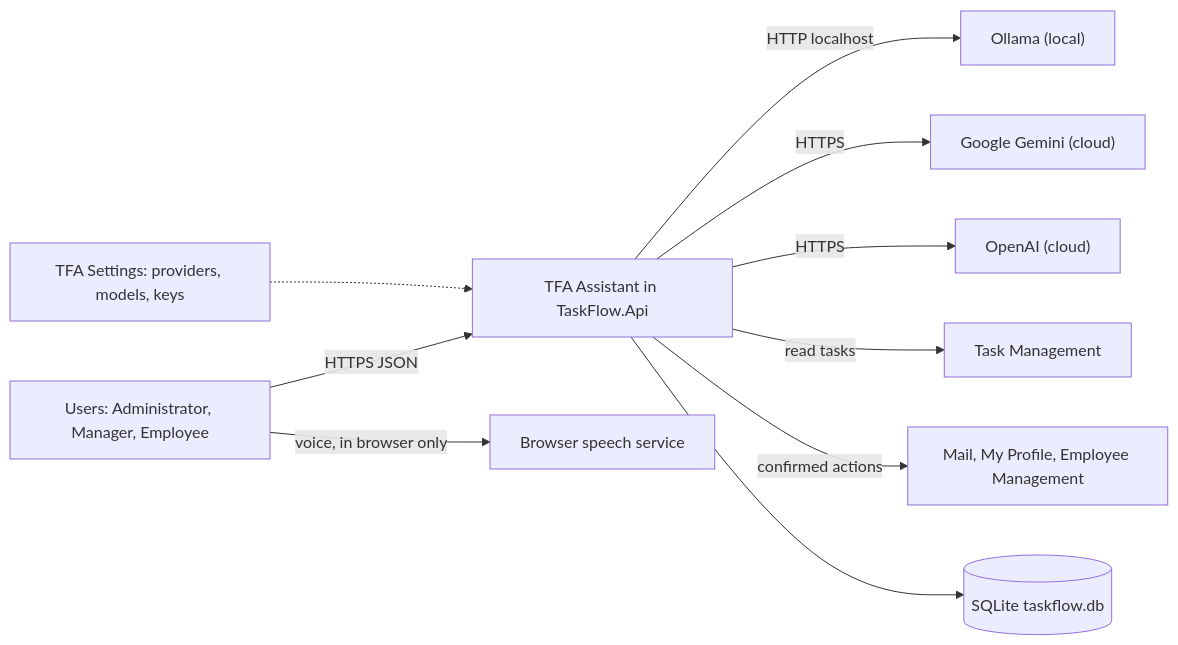
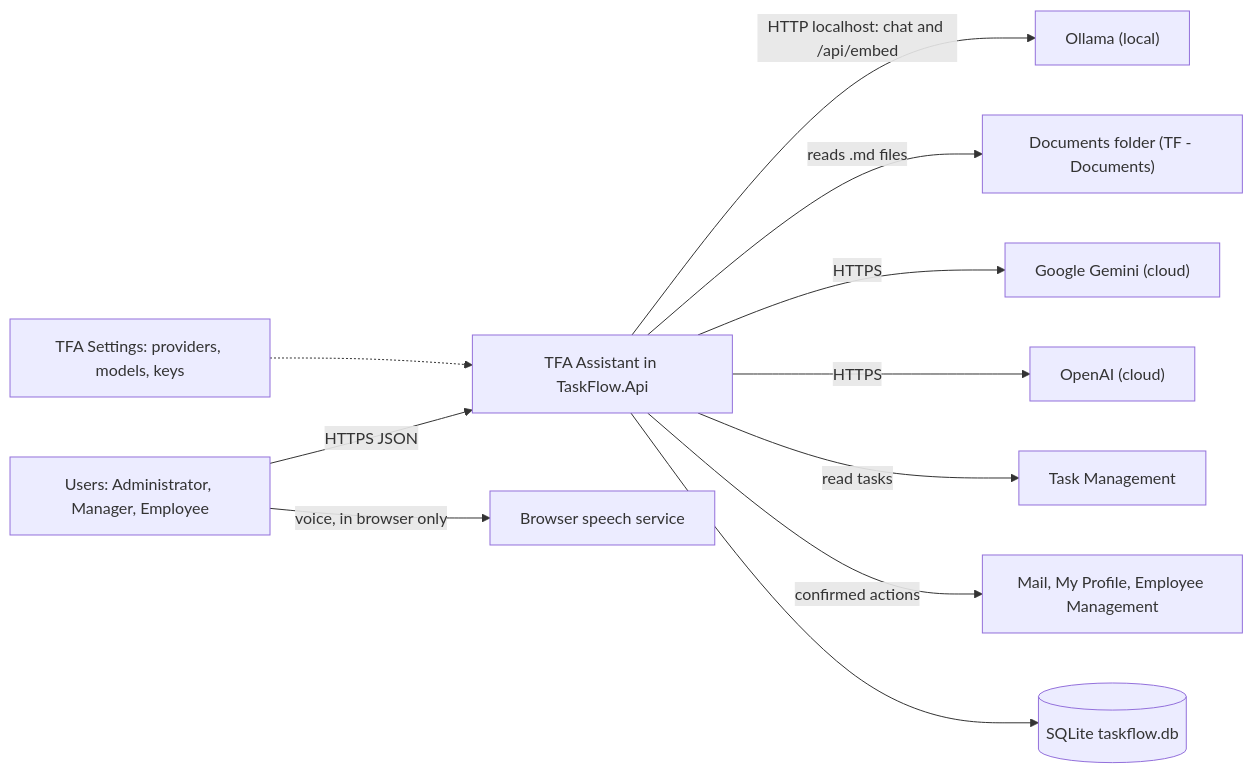
One commit to jojogeorge3344/TaskFlow-Project changed the first of 9 diagrams in TF - Documents/TF - HLD/08-TFA-Assistant/08.1-Assistant/HLD-Assistant.md. Above: the diagram before and after it, drawn with Mermaid. The commit also changed other lines of this file and 123 other files, not shown here.

First line of the commit message:
feat(assistant): answer documentation questions from TF - Documents via local RAG

````diff
--- a/TF - Documents/TF - HLD/08-TFA-Assistant/08.1-Assistant/HLD-Assistant.md
+++ b/TF - Documents/TF - HLD/08-TFA-Assistant/08.1-Assistant/HLD-Assistant.md
@@ -75,12 +85,13 @@
 ```mermaid
 flowchart LR
   U["Users: Administrator, Manager, Employee"] -->|"HTTPS JSON"| TFA["TFA Assistant in TaskFlow.Api"]
   U -->|"voice, in browser only"| SPEECH["Browser speech service"]
-  TFA -->|"HTTP localhost"| OLL["Ollama (local)"]
+  TFA -->|"HTTP localhost: chat and /api/embed"| OLL["Ollama (local)"]
+  TFA -->|"reads .md files"| DOCS["Documents folder (TF - Documents)"]
   TFA -->|"HTTPS"| GEM["Google Gemini (cloud)"]
   TFA -->|"HTTPS"| OAI["OpenAI (cloud)"]
   TFAS["TFA Settings: providers, models, keys"] -.-> TFA
   TFA -->|"read tasks"| TASK["Task Management"]
   TFA -->|"confirmed actions"| ACT["Mail, My Profile, Employee Management"]
   TFA --> DB[("SQLite taskflow.db")]
 ```
````
